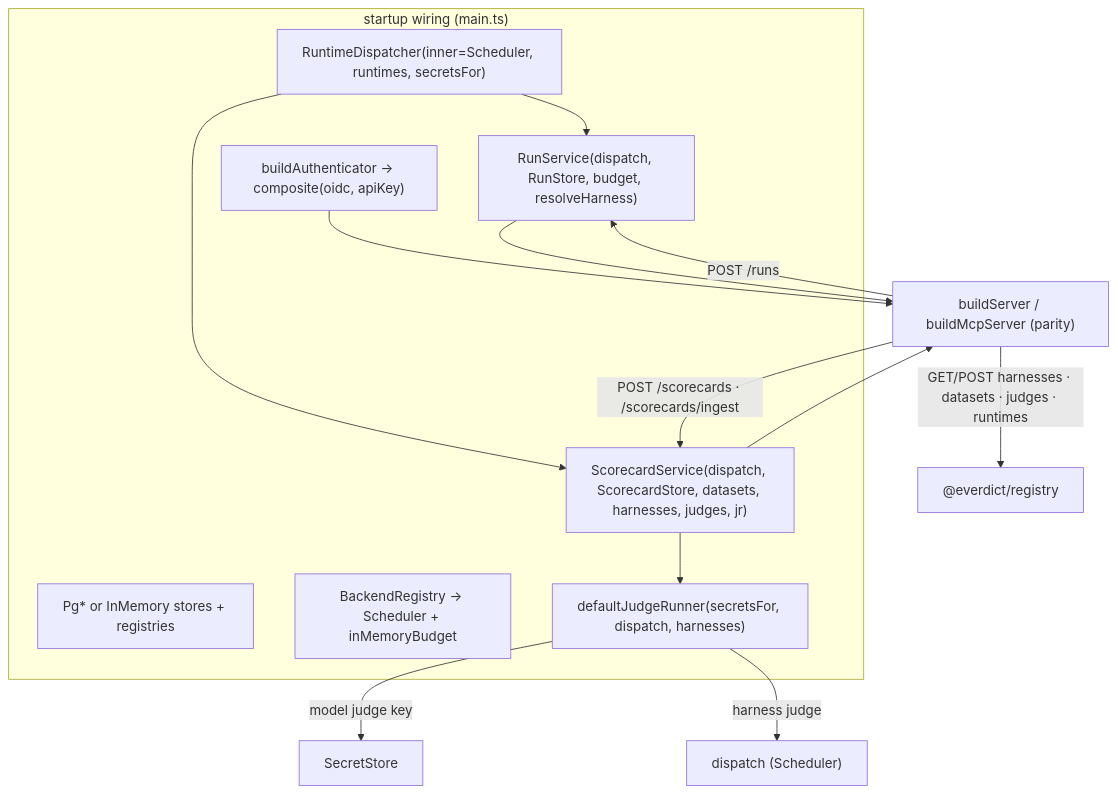
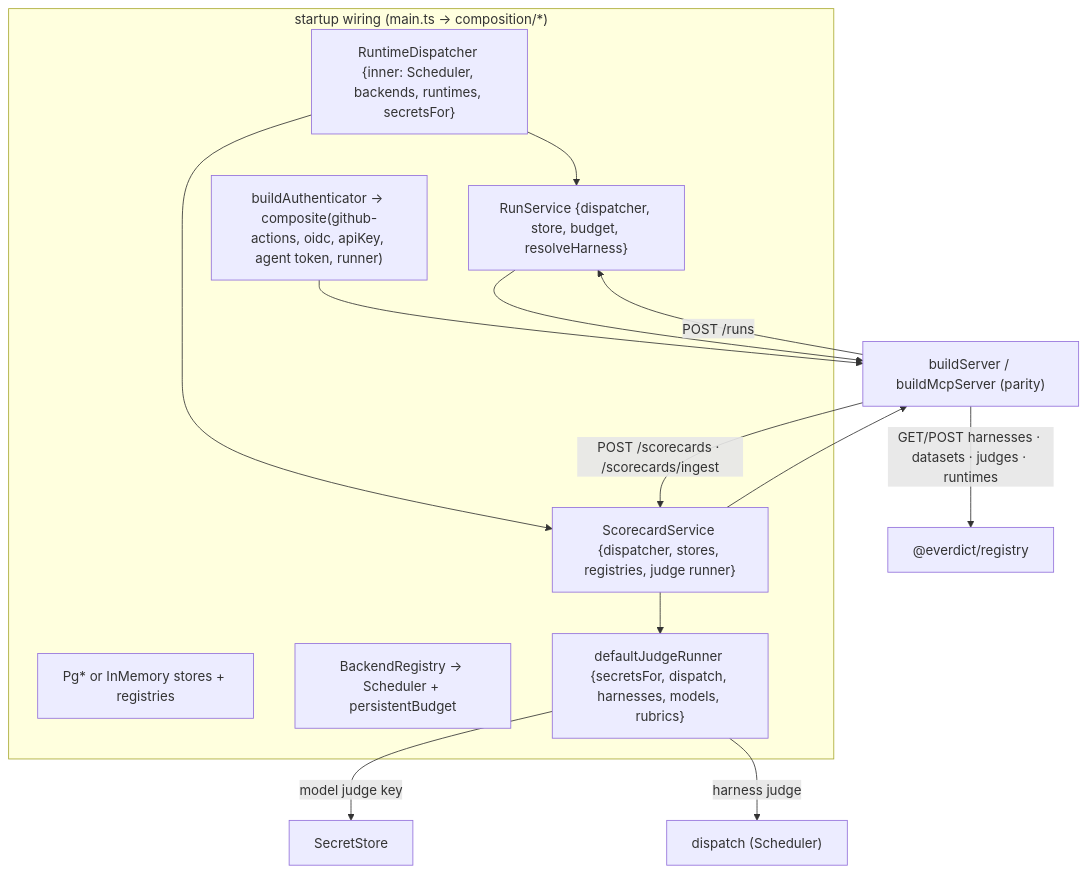
Diagram 22 of 24 in docs/architecture/collaboration.md (everdict/everdict), drawn with Mermaid before and after one commit. The commit also changed other lines of this file and 179 other files, not shown here.

````diff
--- a/docs/architecture/collaboration.md
+++ b/docs/architecture/collaboration.md
@@ -923,25 +995,25 @@
 ```mermaid
 flowchart TD
-  subgraph wiring["startup wiring (main.ts)"]
+  subgraph wiring["startup wiring (main.ts → composition/*)"]
     persistence["Pg* or InMemory stores + registries"]
-    sched["BackendRegistry → Scheduler + inMemoryBudget"]
-    rtd["RuntimeDispatcher(inner=Scheduler, runtimes, secretsFor)"]
-    jr["defaultJudgeRunner(secretsFor, dispatch, harnesses)"]
-    runsvc["RunService(dispatch, RunStore, budget, resolveHarness)"]
-    scoresvc["ScorecardService(dispatch, ScorecardStore, datasets, harnesses, judges, jr)"]
-    authn["buildAuthenticator → composite(oidc, apiKey)"]
+    sched["BackendRegistry → Scheduler + persistentBudget"]
+    rtd["RuntimeDispatcher {inner: Scheduler, backends, runtimes, secretsFor}"]
+    jr["defaultJudgeRunner {secretsFor, dispatch, harnesses, models, rubrics}"]
+    runsvc["RunService {dispatcher, store, budget, resolveHarness}"]
+    scoresvc["ScorecardService {dispatcher, stores, registries, judge runner}"]
+    authn["buildAuthenticator → composite(github-actions, oidc, apiKey, agent token, runner)"]
   end
 
   authn --> server["buildServer / buildMcpServer (parity)"]
   runsvc --> server
   scoresvc --> server
   rtd --> runsvc
   rtd --> scoresvc
   scoresvc --> jr
 
   server -->|"POST /runs"| runsvc
   server -->|"POST /scorecards · /scorecards/ingest"| scoresvc
   server -->|"GET/POST harnesses · datasets · judges · runtimes"| registry["@everdict/registry"]
   jr -->|"model judge key"| secrets["SecretStore"]
   jr -->|"harness judge"| dispatch2["dispatch (Scheduler)"]
 ```
````
